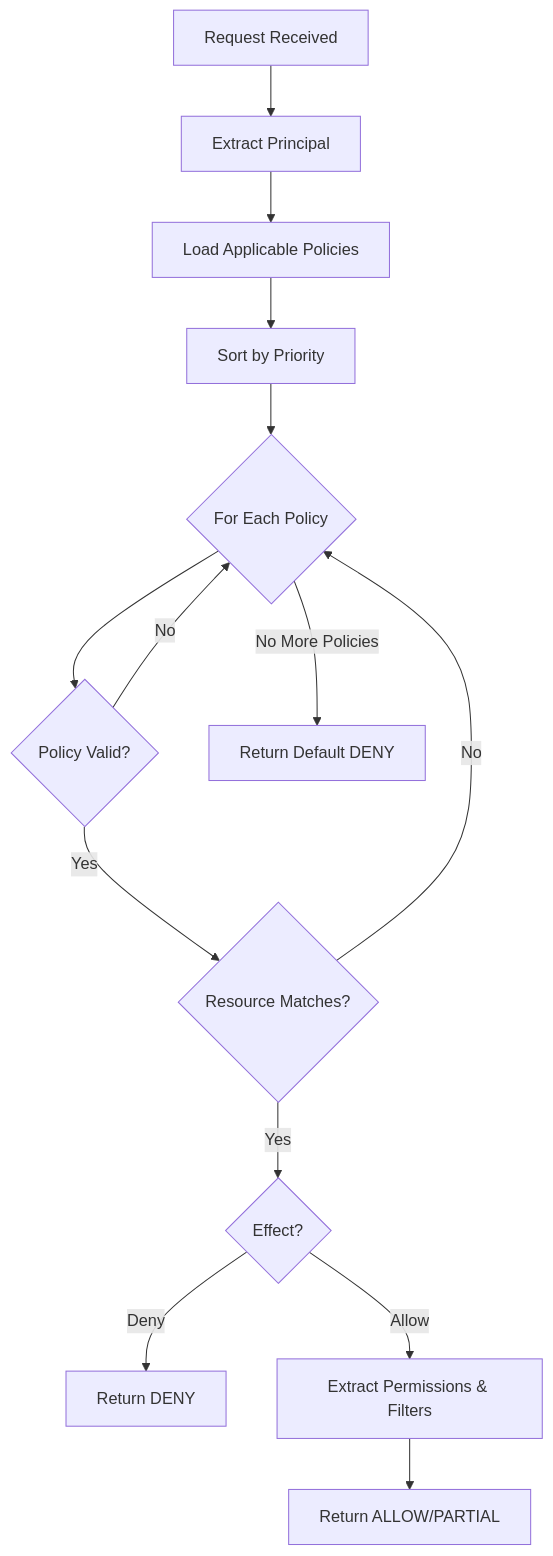
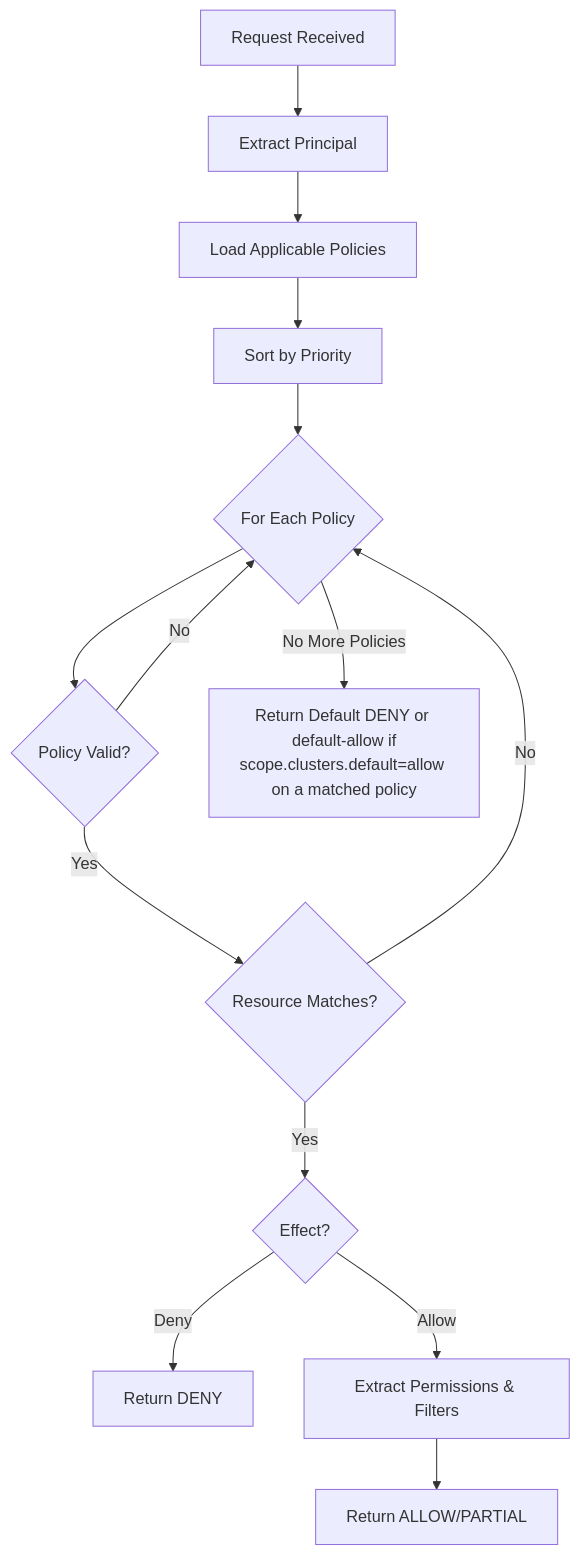
The first of 7 diagrams in docs/concepts/policy-evaluation.md (ClusterPulse/clusterpulse), drawn with Mermaid before and after one commit. The commit also changed other lines of this file and 34 other files, not shown here.

````diff
--- a/docs/concepts/policy-evaluation.md
+++ b/docs/concepts/policy-evaluation.md
@@ -7,16 +7,16 @@
 ```mermaid
 flowchart TD
     A[Request Received] --> B[Extract Principal]
     B --> C[Load Applicable Policies]
     C --> D[Sort by Priority]
     D --> E{For Each Policy}
     E --> F{Policy Valid?}
     F -->|No| E
     F -->|Yes| G{Resource Matches?}
     G -->|No| E
     G -->|Yes| H{Effect?}
     H -->|Deny| I[Return DENY]
     H -->|Allow| J[Extract Permissions & Filters]
     J --> K[Return ALLOW/PARTIAL]
-    E -->|No More Policies| L[Return Default DENY]
+    E -->|No More Policies| L[Return Default DENY or default-allow if<br/>scope.clusters.default=allow on a matched policy]
 ```
````
